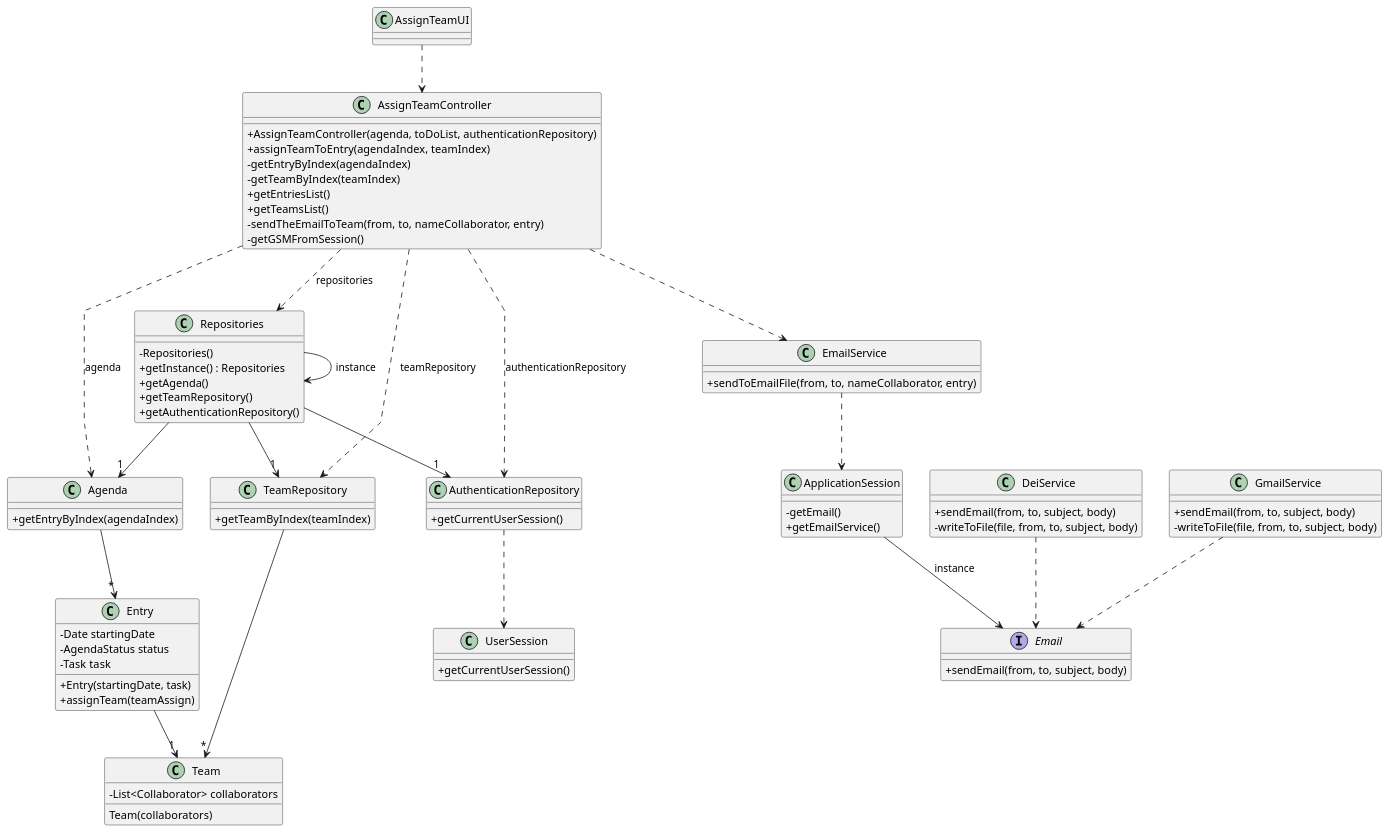
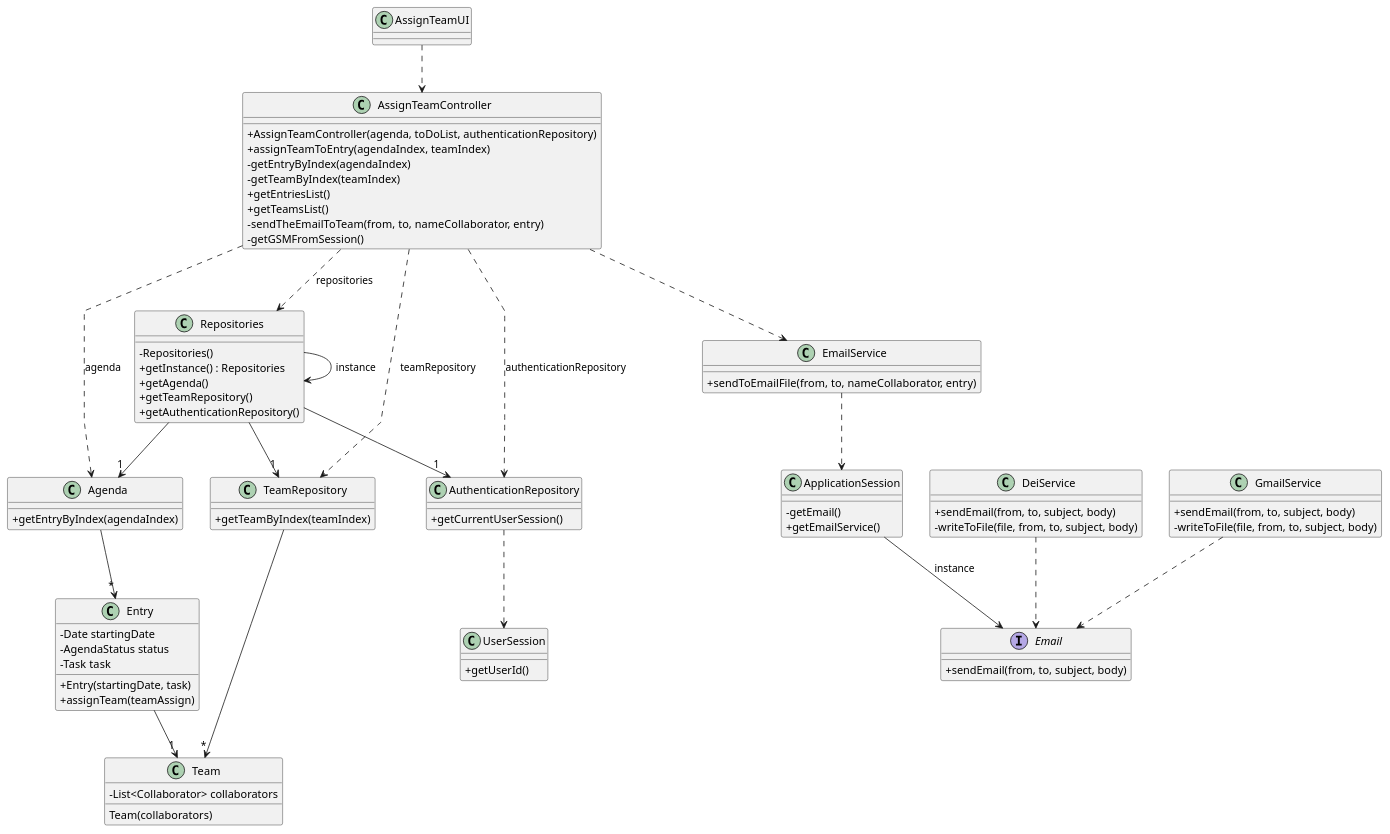
One commit to daniel41silva05/ISEP_2023_2024_LAPR2 changed the diagram in docs/sprintA&B&C/us023/03.design/puml/us023-class-diagram.puml. Above: the diagram before and after it, drawn with PlantUML. The commit also changed 9 other files, not shown here.

Commit message:
US22 - Sequence Diagram Full #10

```diff
--- a/docs/sprintA&B&C/us023/03.design/puml/us023-class-diagram.puml
+++ b/docs/sprintA&B&C/us023/03.design/puml/us023-class-diagram.puml
@@ -1,106 +1,106 @@
 @startuml
 'skinparam monochrome true
 skinparam packageStyle rectangle
 skinparam shadowing false
 skinparam linetype polyline
 'skinparam linetype orto
 
 skinparam classAttributeIconSize 0
 
 'left to right direction
 
 class AssignTeamUI {
 }
 
 class AssignTeamController {
     +AssignTeamController(agenda, toDoList, authenticationRepository)
     +assignTeamToEntry(agendaIndex, teamIndex)
     -getEntryByIndex(agendaIndex)
     -getTeamByIndex(teamIndex)
     +getEntriesList()
     +getTeamsList()
     -sendTheEmailToTeam(from, to, nameCollaborator, entry)
     -getGSMFromSession()
 }
 
 class Agenda {
     +getEntryByIndex(agendaIndex)
 }
 
 class Entry {
     -Date startingDate
     -AgendaStatus status
     -Task task
     +Entry(startingDate, task)
     +assignTeam(teamAssign)
 }
 
 class TeamRepository {
     +getTeamByIndex(teamIndex)
 }
 
 class Team {
     -List<Collaborator> collaborators
     Team(collaborators)
 }
 
 class Repositories {
     - Repositories()
     + getInstance() : Repositories
     + getAgenda()
     + getTeamRepository()
     + getAuthenticationRepository()
 }
 
 class AuthenticationRepository {
     +getCurrentUserSession()
 }
 
 class UserSession {
-    +getCurrentUserSession()
+    +getUserId()
 }
 
 class EmailService {
     +sendToEmailFile(from, to, nameCollaborator, entry)
 }
 
 class ApplicationSession {
     -getEmail()
     +getEmailService()
 }
 
 interface Email {
     +sendEmail(from, to, subject, body)
 }
 
 class DeiService {
     +sendEmail(from, to, subject, body)
     -writeToFile(file, from, to, subject, body)
 }
 
 class GmailService {
     +sendEmail(from, to, subject, body)
     -writeToFile(file, from, to, subject, body)
 }
 
 
 AssignTeamUI ..> AssignTeamController
 AssignTeamController ..> Repositories: repositories
 AssignTeamController ..> Agenda: agenda
 AssignTeamController ..> TeamRepository: teamRepository
 AssignTeamController ..> AuthenticationRepository: authenticationRepository
 AuthenticationRepository ..> UserSession
 Repositories --> Repositories: instance
 Repositories --> "1" Agenda
 Repositories --> "1" TeamRepository
 Repositories --> "1" AuthenticationRepository
 Agenda --> "*" Entry
 TeamRepository --> "*" Team
 Entry --> "1" Team
 AssignTeamController ..> EmailService
 EmailService ..> ApplicationSession
 ApplicationSession --> Email: instance
 DeiService ..> Email
 GmailService ..> Email
 
 @enduml
```
